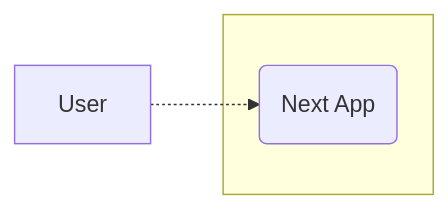
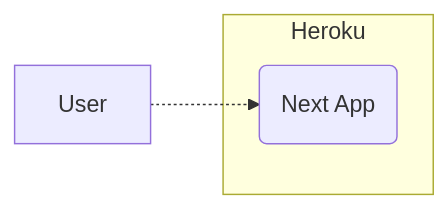
Before and after one commit to joernb/blueprints: the diagram in README.md, drawn with Mermaid. The commit also changed other lines of this file and 6 other files, not shown here.

````diff
--- a/README.md
+++ b/README.md
@@ -24,11 +24,11 @@
 ```mermaid
 graph LR
 
 User["User"]
 
-subgraph " "
+subgraph "Heroku"
   NextApp("Next App")
 end
 
 User -.-> NextApp
 ```
````
